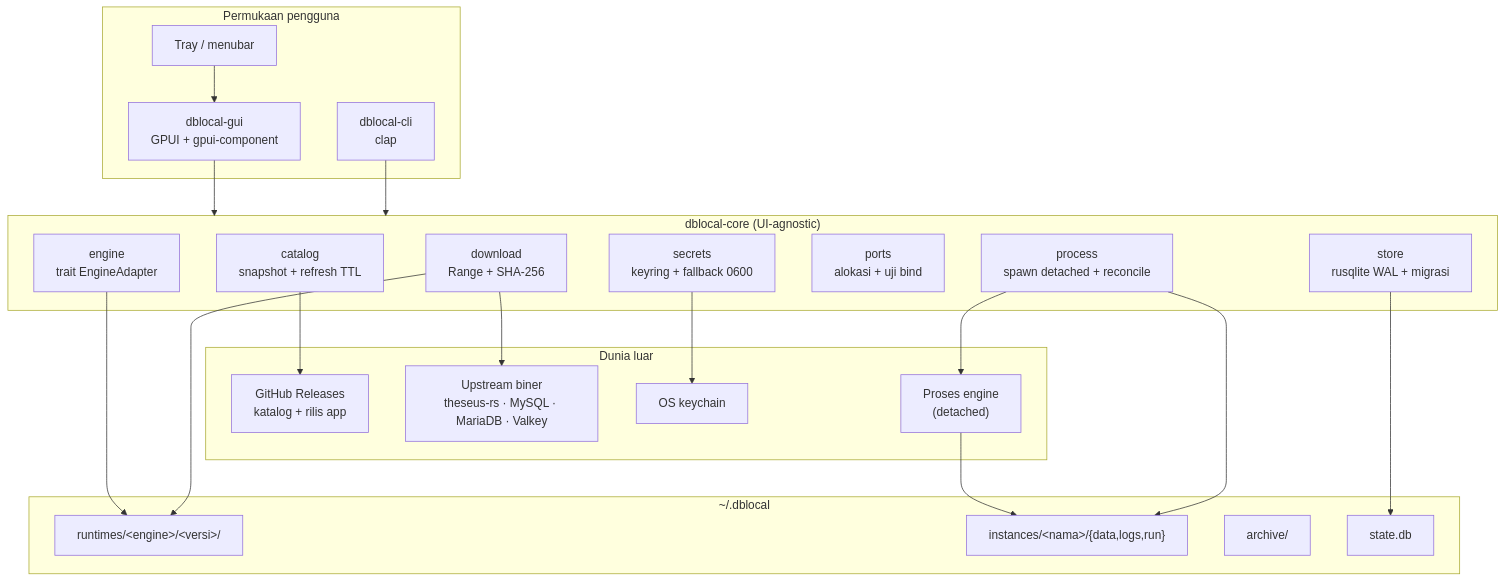
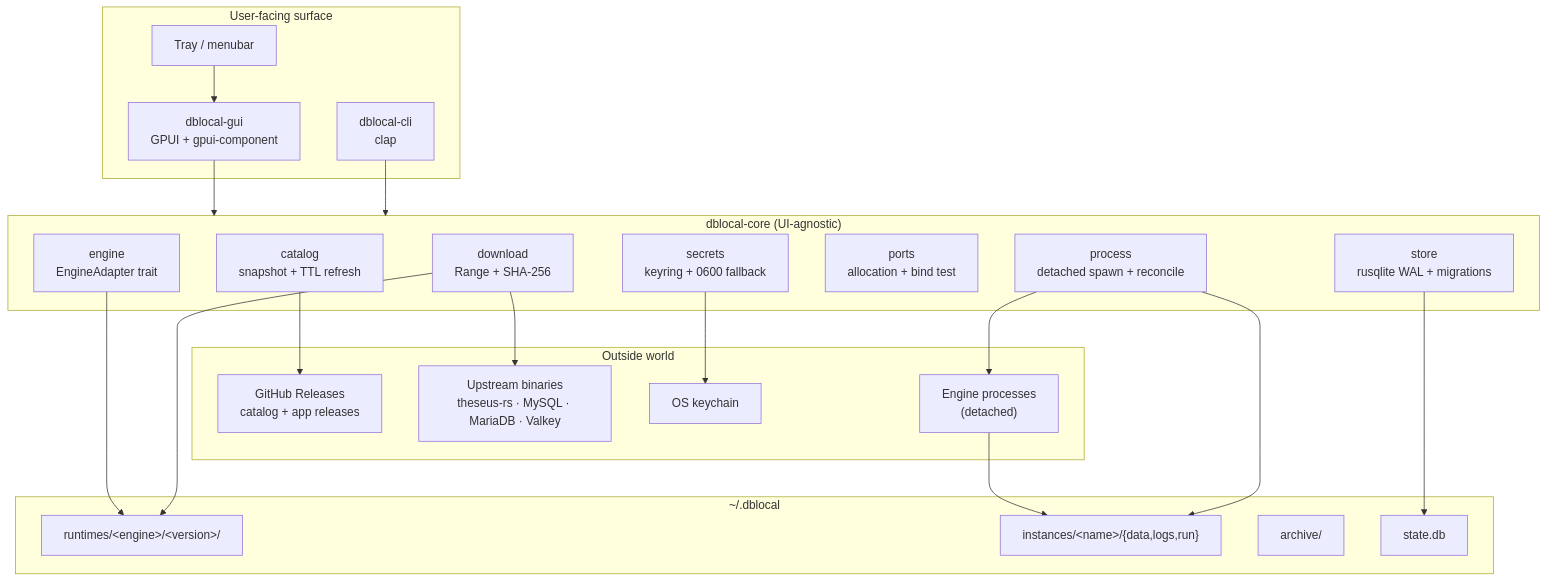
One commit to rezkycodes/dblocal changed the fourth of 4 diagrams in docs/prd/dblocal/PRD.md. Above: the diagram before and after it, drawn with Mermaid. The commit also changed other lines of this file and 1 other file, not shown here.

````diff
--- a/docs/prd/dblocal/PRD.md
+++ b/docs/prd/dblocal/PRD.md
@@ -834,45 +834,45 @@
 ```mermaid
 graph TB
-  subgraph UI["Permukaan pengguna"]
+  subgraph UI["User-facing surface"]
     GUI["dblocal-gui<br/>GPUI + gpui-component"]
     CLI["dblocal-cli<br/>clap"]
     TRAY["Tray / menubar"]
   end
 
   subgraph CORE["dblocal-core (UI-agnostic)"]
-    CATM["catalog<br/>snapshot + refresh TTL"]
+    CATM["catalog<br/>snapshot + TTL refresh"]
     DL["download<br/>Range + SHA-256"]
-    ENGM["engine<br/>trait EngineAdapter"]
-    PROC["process<br/>spawn detached + reconcile"]
-    PORTS["ports<br/>alokasi + uji bind"]
-    SEC["secrets<br/>keyring + fallback 0600"]
-    STORE["store<br/>rusqlite WAL + migrasi"]
+    ENGM["engine<br/>EngineAdapter trait"]
+    PROC["process<br/>detached spawn + reconcile"]
+    PORTS["ports<br/>allocation + bind test"]
+    SEC["secrets<br/>keyring + 0600 fallback"]
+    STORE["store<br/>rusqlite WAL + migrations"]
   end
 
   subgraph FS["~/.dblocal"]
-    RUNT["runtimes/&lt;engine&gt;/&lt;versi&gt;/"]
-    INST["instances/&lt;nama&gt;/{data,logs,run}"]
+    RUNT["runtimes/&lt;engine&gt;/&lt;version&gt;/"]
+    INST["instances/&lt;name&gt;/{data,logs,run}"]
     ARCH["archive/"]
     DB["state.db"]
   end
 
-  subgraph EXT["Dunia luar"]
-    GH["GitHub Releases<br/>katalog + rilis app"]
-    UP["Upstream biner<br/>theseus-rs · MySQL · MariaDB · Valkey"]
+  subgraph EXT["Outside world"]
+    GH["GitHub Releases<br/>catalog + app releases"]
+    UP["Upstream binaries<br/>theseus-rs · MySQL · MariaDB · Valkey"]
     KC["OS keychain"]
-    PROCS["Proses engine<br/>(detached)"]
+    PROCS["Engine processes<br/>(detached)"]
   end
 
   GUI --> CORE
   CLI --> CORE
   TRAY --> GUI
   CATM --> GH
   DL --> UP
   SEC --> KC
   PROC --> PROCS
   PROCS --> INST
   ENGM --> RUNT
   STORE --> DB
   DL --> RUNT
   PROC --> INST
 ```
````
